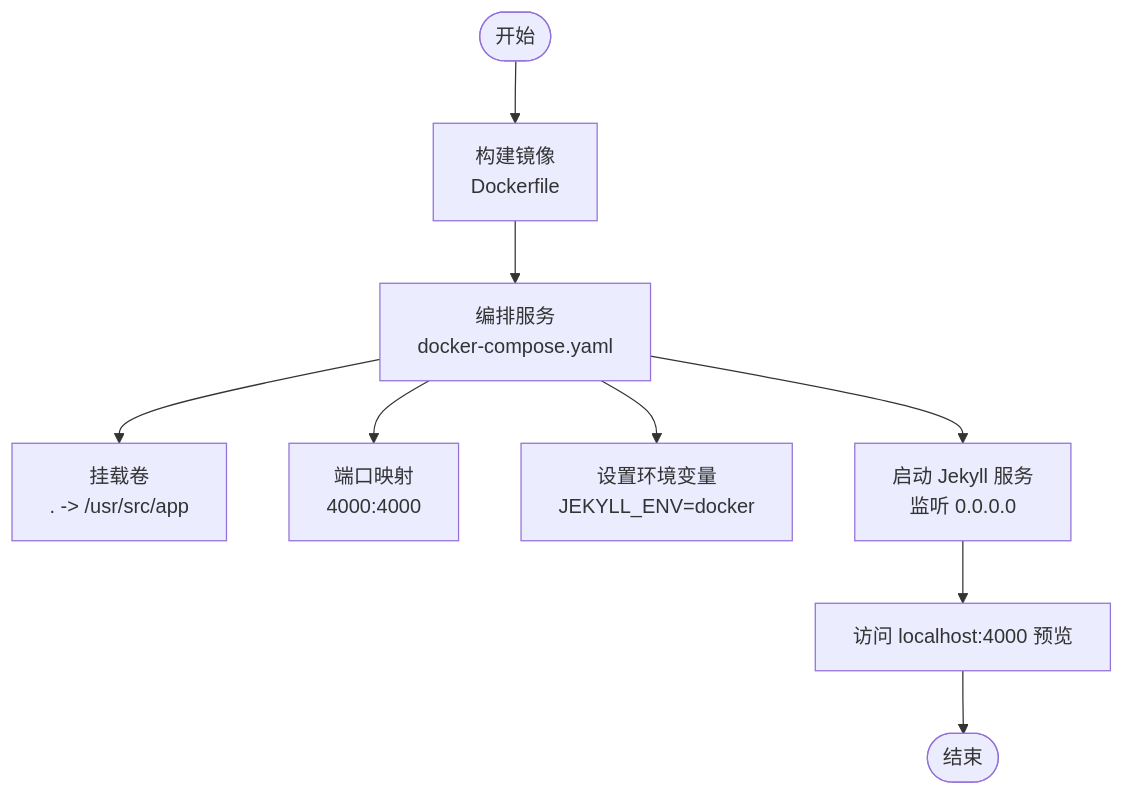
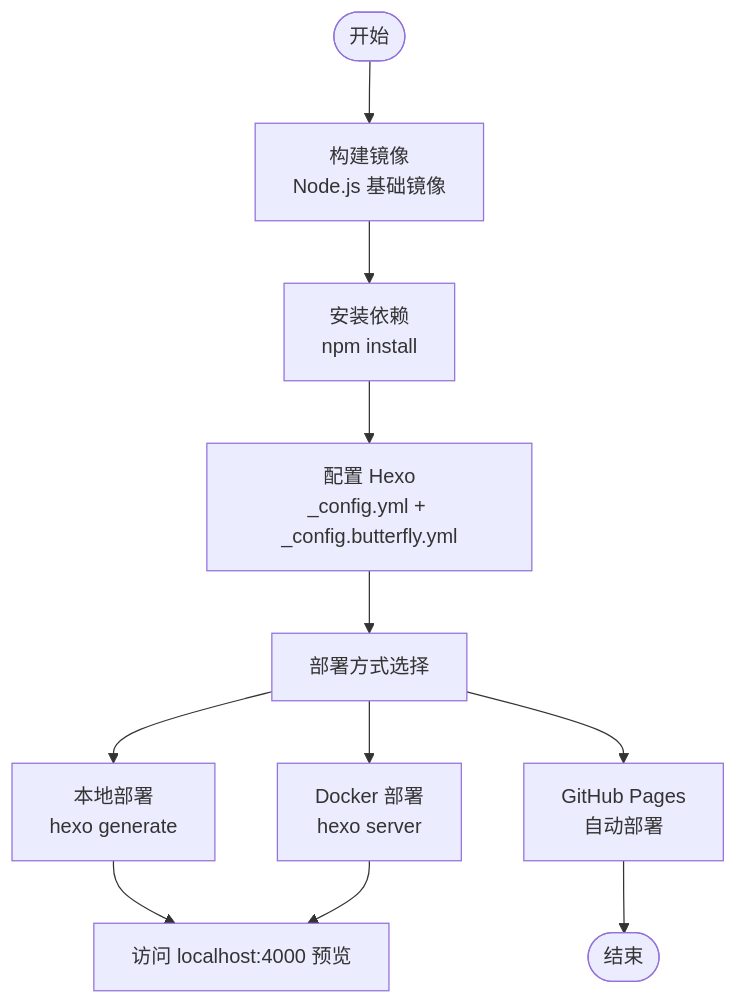
Before and after one commit to CoolPig0720/CoolPig0720.github.io: the third of 6 diagrams in .qoder/repowiki/zh/content/部署和维护/部署和维护.md, drawn with Mermaid. The commit also changed other lines of this file and 36 other files, not shown here.

````diff
--- a/.qoder/repowiki/zh/content/部署和维护/部署和维护.md
+++ b/.qoder/repowiki/zh/content/部署和维护/部署和维护.md
@@ -176,11 +176,13 @@
 ```mermaid
 flowchart TD
-Start(["开始"]) --> Build["构建镜像<br/>Dockerfile"]
-Build --> Compose["编排服务<br/>docker-compose.yaml"]
-Compose --> Mount["挂载卷<br/>. -> /usr/src/app"]
-Compose --> Port["端口映射<br/>4000:4000"]
-Compose --> Env["设置环境变量<br/>JEKYLL_ENV=docker"]
-Compose --> Serve["启动 Jekyll 服务<br/>监听 0.0.0.0"]
-Serve --> Preview["访问 localhost:4000 预览"]
-Preview --> End(["结束"])
+Start(["开始"]) --> Build["构建镜像<br/>Node.js 基础镜像"]
+Build --> Install["安装依赖<br/>npm install"]
+Install --> Config["配置 Hexo<br/>_config.yml + _config.butterfly.yml"]
+Config --> Deploy["部署方式选择"]
+Deploy --> Local["本地部署<br/>hexo generate"]
+Deploy --> Docker["Docker 部署<br/>hexo server"]
+Deploy --> Pages["GitHub Pages<br/>自动部署"]
+Local --> Preview["访问 localhost:4000 预览"]
+Docker --> Preview
+Pages --> End(["结束"])
 ```
````
